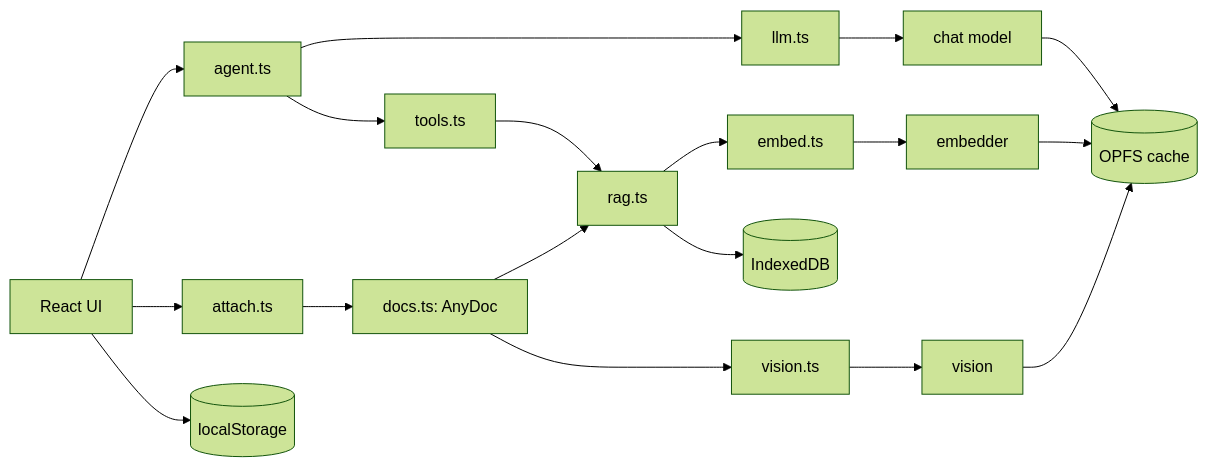
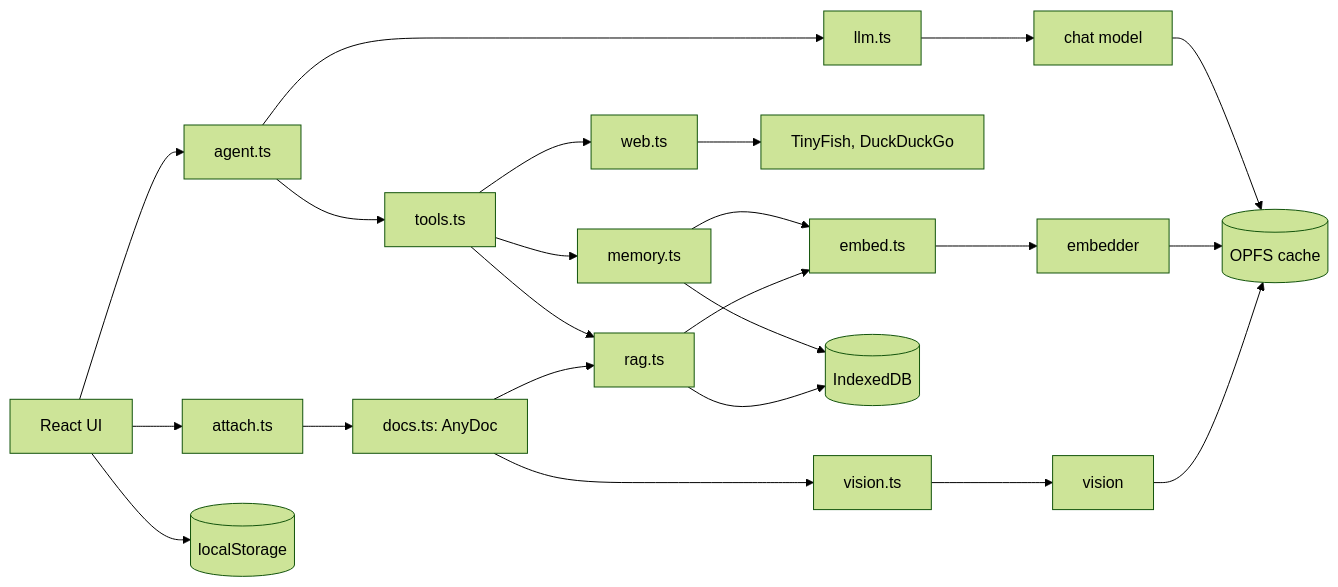
One commit to bharathajjarapu/Locus changed the first of 5 diagrams in README.md. Above: the diagram before and after it, drawn with Mermaid (forest theme). The commit also changed other lines of this file and 15 other files, not shown here.

````diff
--- a/README.md
+++ b/README.md
@@ -29,18 +40,23 @@
 ```mermaid
 flowchart LR
   UI["React UI"] --> Agent["agent.ts"]
   Agent --> LLM["llm.ts"]
   Agent --> Tools["tools.ts"]
   Tools --> RAG["rag.ts"]
+  Tools --> Memory["memory.ts"]
+  Tools --> Web["web.ts"]
+  Web --> Net["TinyFish, DuckDuckGo"]
+  Memory --> Embed
+  Memory --> DB
   RAG --> Embed["embed.ts"]
   RAG --> DB[("IndexedDB")]
   LLM --> W1["chat model"]
   Embed --> W2["embedder"]
   UI --> Attach["attach.ts"]
   Attach --> Docs["docs.ts: AnyDoc"]
   Docs --> Vision["vision.ts"]
   Docs --> RAG
   Vision --> W3["vision"]
   W1 & W2 & W3 --> OPFS[("OPFS cache")]
   UI --> Store[("localStorage")]
 ```
````
